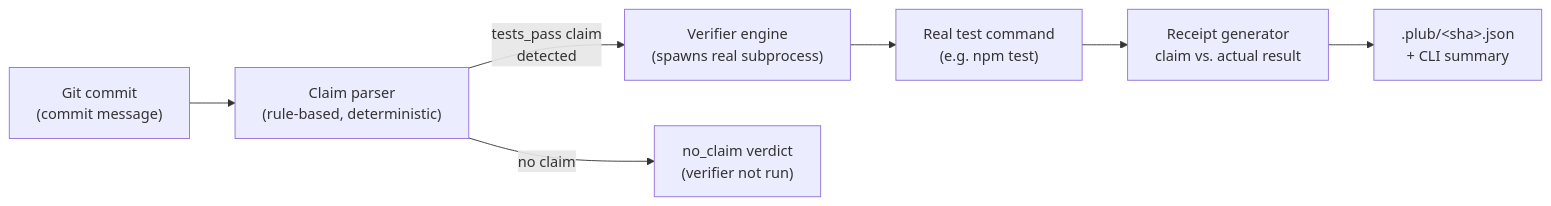
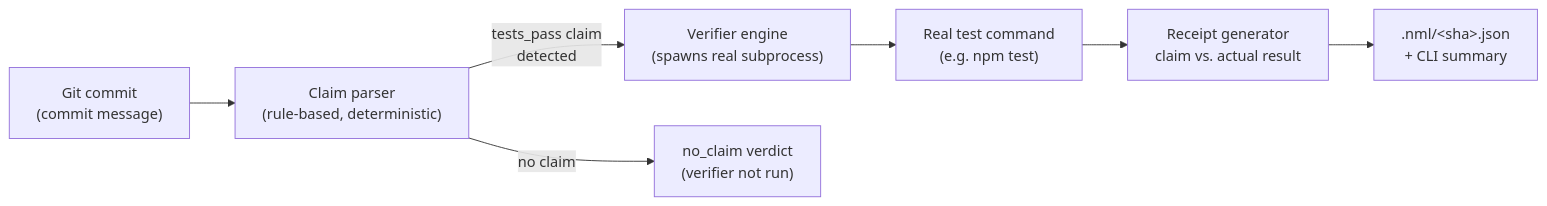
One commit to VampiricCyborg/nml-cli changed the diagram in README.md. Above: the diagram before and after it, drawn with Mermaid. The commit also changed other lines of this file and 14 other files, not shown here.

First line of the commit message:
• chore: prepare nml-cli for npm publishing

````diff
--- a/README.md
+++ b/README.md
@@ -19,9 +19,9 @@
 ```mermaid
 flowchart LR
     A["Git commit\n(commit message)"] --> B["Claim parser\n(rule-based, deterministic)"]
     B -->|"tests_pass claim\ndetected"| C["Verifier engine\n(spawns real subprocess)"]
     B -->|"no claim"| F["no_claim verdict\n(verifier not run)"]
     C --> D["Real test command\n(e.g. npm test)"]
     D --> E["Receipt generator\nclaim vs. actual result"]
-    E --> G[".plub/&lt;sha&gt;.json\n+ CLI summary"]
+    E --> G[".nml/&lt;sha&gt;.json\n+ CLI summary"]
 ```
````
